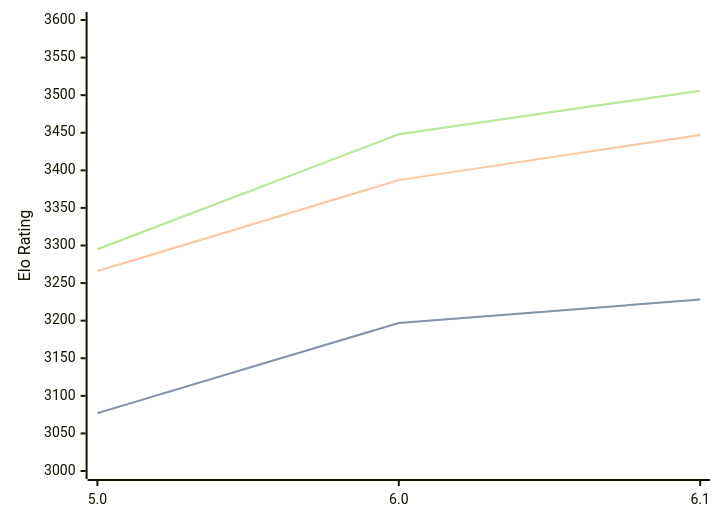
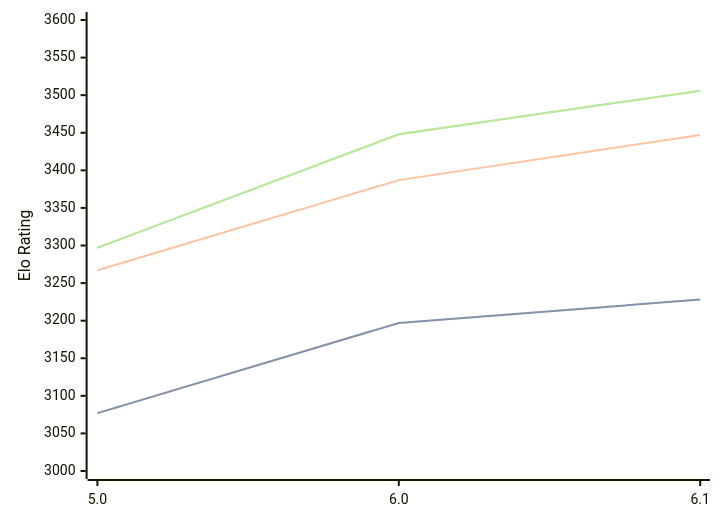
One commit to computer-chess-index/cci changed the diagram in engines/PZChessBot.md. Above: the diagram before and after it, drawn with Mermaid. The commit also changed other lines of this file, not shown here.

Commit message:
Update CCI Ratings (ELO VLTC) - 2026-04-12

````diff
--- a/engines/PZChessBot.md
+++ b/engines/PZChessBot.md
@@ -42,11 +42,11 @@
 ```mermaid
 %%{init: {"theme":"base","themeVariables":{"seriesColors:['#a3a3a3','#222221','#faa371']}}}%%
 xychart-beta
   x-axis ["5.0", "6.0", "6.1"]
   y-axis "Elo Rating" 3000 --> 3600
   line "STC (8.0+0.08s)" [3077, 3197, 3228]
   line "STC (8.0+0.08s)" [3077, 3197, 3228]
-  line "LTC (60.0+0.60s)" [3266, 3387, 3447]
-  line "VLTC (2m24s+1.12s)" [3295, 3448, 3506]
-  line "VLTC (2m24s+1.12s)" [3295, 3448, 3506]
+  line "LTC (60.0+0.60s)" [3267, 3387, 3447]
+  line "VLTC (2m24s+1.12s)" [3297, 3448, 3506]
+  line "VLTC (2m24s+1.12s)" [3297, 3448, 3506]
 ```
````
